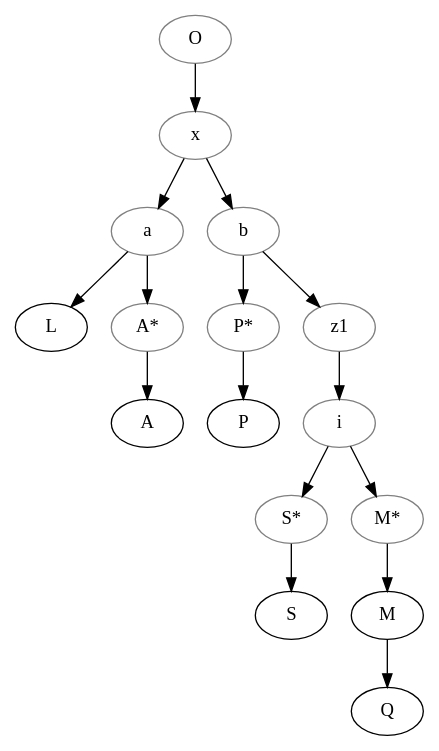
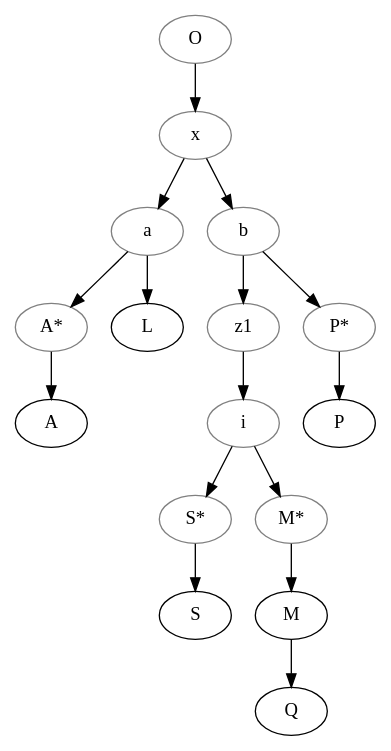
The diagram in examples/Paris_1872_Alexis/stemma.gv (OpenStemmata/database), drawn with Graphviz before and after one commit. The commit also changed 1 other file, not shown here.

```diff
--- a/examples/Paris_1872_Alexis/stemma.gv
+++ b/examples/Paris_1872_Alexis/stemma.gv
@@ -1,28 +1,30 @@
 digraph {
+
+    O[color="grey"];
+    x[color="grey"];
+    a[color="grey"];
+    b[color="grey"];
+    z1[color="grey"];
+    i[color="grey"];
+    Astar[color="grey", label="A*"];
+    Pstar[color="grey", label="P*"];
+    Sstar[color="grey", label="S*"];
+    Mstar[color="grey", label="M*"];
+
     O -> x;
     x -> a;
     a -> L;
     a -> Astar;
     Astar -> A;
     x -> b;
     b -> Pstar;
     Pstar -> P;
     b -> z1;
     z1 -> i;
     i -> Sstar;
     Sstar -> S;
     i -> Mstar;
     Mstar -> M;
     M -> Q;
 
-    O[color="grey"];
-    x[color="grey"];
-    a[color="grey"];
-    b[color="grey"];
-    z1[color="grey"];
-    i[color="grey"];
-    Astar[color="grey", label="A*"];
-    Pstar[color="grey", label="P*"];
-    Sstar[color="grey", label="S*"];
-    Mstar[color="grey", label="M*"];
 }
```
